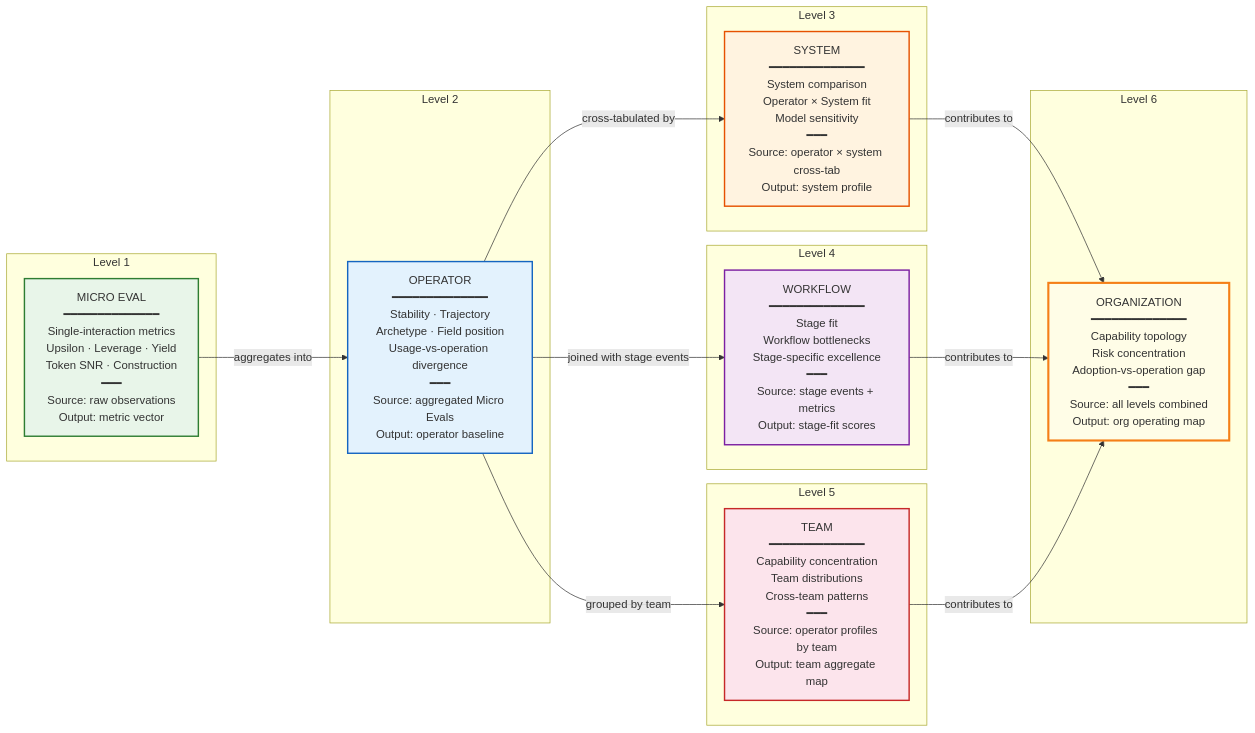
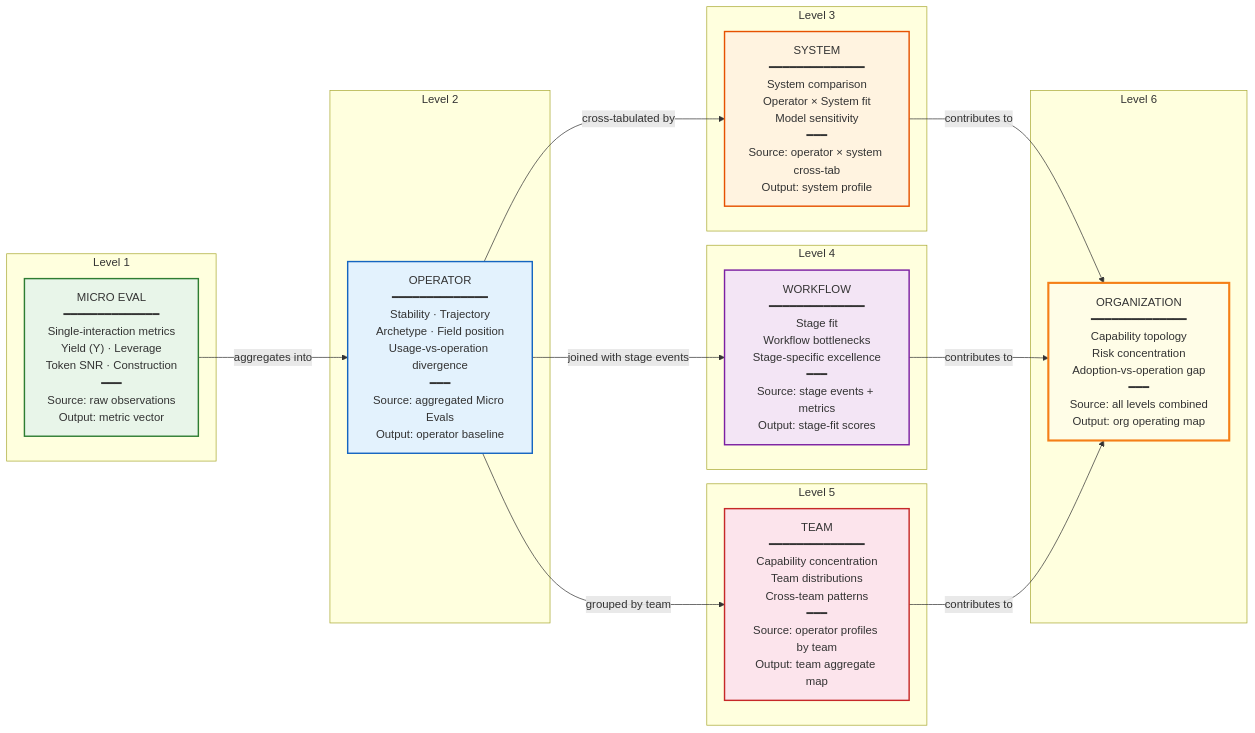
The diagram in _01_platform/demo_data/graphics/g01_measurement_architecture.mmd (SunrisesIllNeverSee/Moses_Enterprise_B2BPilot_), drawn with Mermaid before and after one commit. The commit also changed 11 other files, not shown here.

First line of the commit message:
Upsilon architecture: fix HTML conflation + demo data Yield collision

```diff
--- a/_01_platform/demo_data/graphics/g01_measurement_architecture.mmd
+++ b/_01_platform/demo_data/graphics/g01_measurement_architecture.mmd
@@ -1,34 +1,34 @@
 graph LR
     subgraph L1["Level 1"]
-        ME["MICRO EVAL<br/>━━━━━━━━━━━━━━<br/>Single-interaction metrics<br/>Upsilon · Leverage · Yield<br/>Token SNR · Construction<br/>━━━<br/>Source: raw observations<br/>Output: metric vector"]
+        ME["MICRO EVAL<br/>━━━━━━━━━━━━━━<br/>Single-interaction metrics<br/>Yield (Υ) · Leverage<br/>Token SNR · Construction<br/>━━━<br/>Source: raw observations<br/>Output: metric vector"]
     end
     subgraph L2["Level 2"]
         OP["OPERATOR<br/>━━━━━━━━━━━━━━<br/>Stability · Trajectory<br/>Archetype · Field position<br/>Usage-vs-operation divergence<br/>━━━<br/>Source: aggregated Micro Evals<br/>Output: operator baseline"]
     end
     subgraph L3["Level 3"]
         SY["SYSTEM<br/>━━━━━━━━━━━━━━<br/>System comparison<br/>Operator × System fit<br/>Model sensitivity<br/>━━━<br/>Source: operator × system cross-tab<br/>Output: system profile"]
     end
     subgraph L4["Level 4"]
         WF["WORKFLOW<br/>━━━━━━━━━━━━━━<br/>Stage fit<br/>Workflow bottlenecks<br/>Stage-specific excellence<br/>━━━<br/>Source: stage events + metrics<br/>Output: stage-fit scores"]
     end
     subgraph L5["Level 5"]
         TM["TEAM<br/>━━━━━━━━━━━━━━<br/>Capability concentration<br/>Team distributions<br/>Cross-team patterns<br/>━━━<br/>Source: operator profiles by team<br/>Output: team aggregate map"]
     end
     subgraph L6["Level 6"]
         ORG["ORGANIZATION<br/>━━━━━━━━━━━━━━<br/>Capability topology<br/>Risk concentration<br/>Adoption-vs-operation gap<br/>━━━<br/>Source: all levels combined<br/>Output: org operating map"]
     end
 
     ME -->|aggregates into| OP
     OP -->|cross-tabulated by| SY
     OP -->|joined with stage events| WF
     OP -->|grouped by team| TM
     SY -->|contributes to| ORG
     WF -->|contributes to| ORG
     TM -->|contributes to| ORG
 
     style ME fill:#e8f5e9,stroke:#2e7d32,stroke-width:2px
     style OP fill:#e3f2fd,stroke:#1565c0,stroke-width:2px
     style SY fill:#fff3e0,stroke:#e65100,stroke-width:2px
     style WF fill:#f3e5f5,stroke:#7b1fa2,stroke-width:2px
     style TM fill:#fce4ec,stroke:#c62828,stroke-width:2px
     style ORG fill:#fffde7,stroke:#f57f17,stroke-width:3px
```
